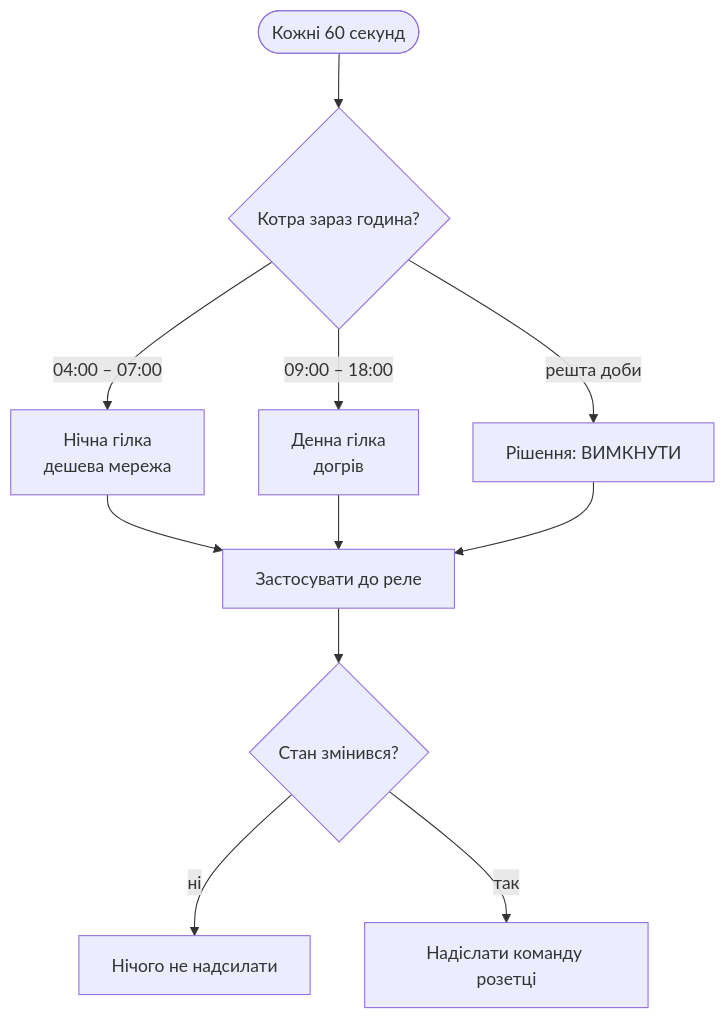
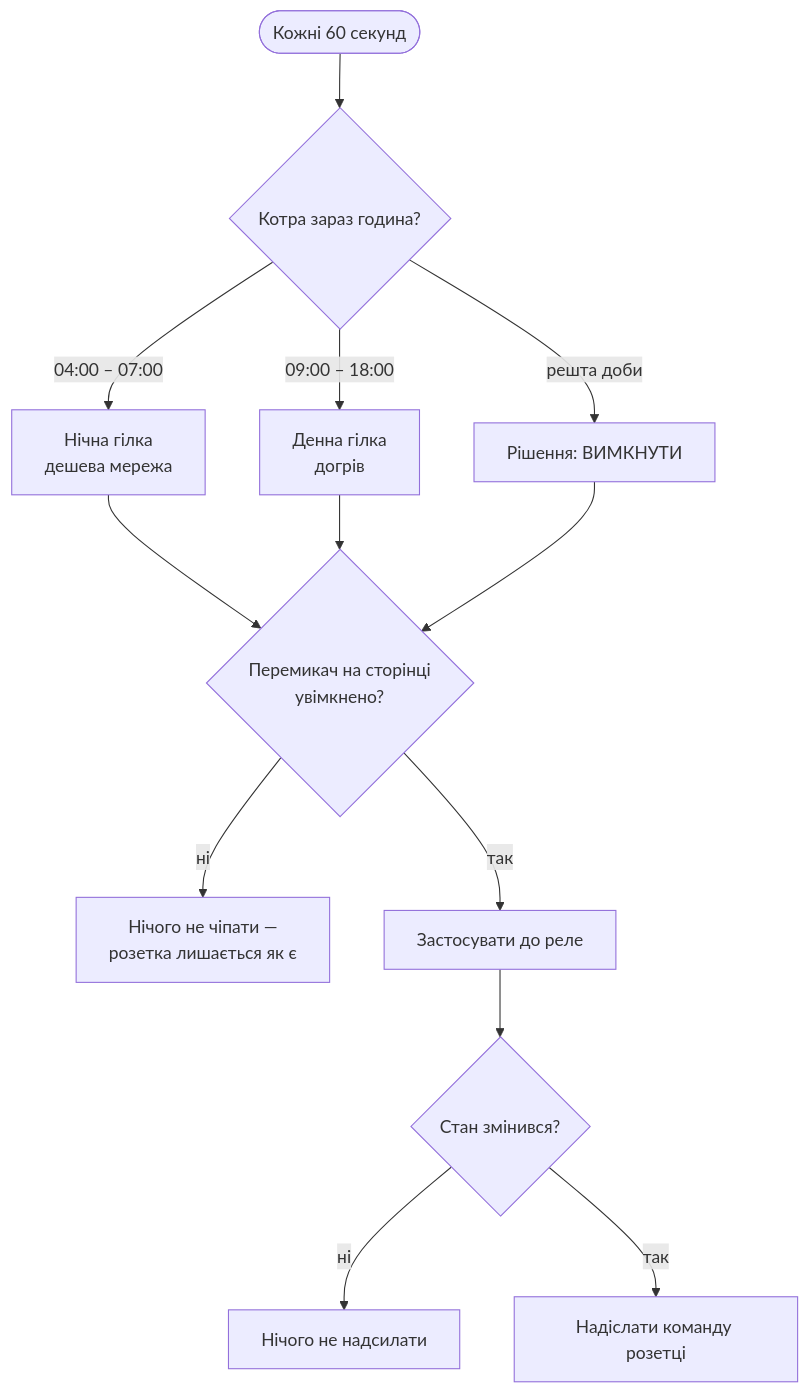
The second of 7 diagrams in docs/algorithm.md (tochytskyi/smart-solar-energy), drawn with Mermaid before and after one commit. The commit also changed other lines of this file and 16 other files, not shown here.

````diff
--- a/docs/algorithm.md
+++ b/docs/algorithm.md
@@ -56,13 +56,15 @@
 ```mermaid
 flowchart TD
     A(["Кожні 60 секунд"]) --> B{"Котра зараз година?"}
     B -->|"04:00 – 07:00"| N["Нічна гілка<br/>дешева мережа"]
     B -->|"09:00 – 18:00"| S["Денна гілка<br/>догрів"]
     B -->|"решта доби"| O["Рішення: ВИМКНУТИ"]
-    N --> D
-    S --> D
-    O --> D
+    N --> P
+    S --> P
+    O --> P
+    P{"Перемикач на сторінці<br/>увімкнено?"} -->|"ні"| HOLD["Нічого не чіпати —<br/>розетка лишається як є"]
+    P -->|"так"| D
     D["Застосувати до реле"] --> E{"Стан змінився?"}
     E -->|"ні"| SKIP["Нічого не надсилати"]
     E -->|"так"| SEND["Надіслати команду розетці"]
 ```
````
